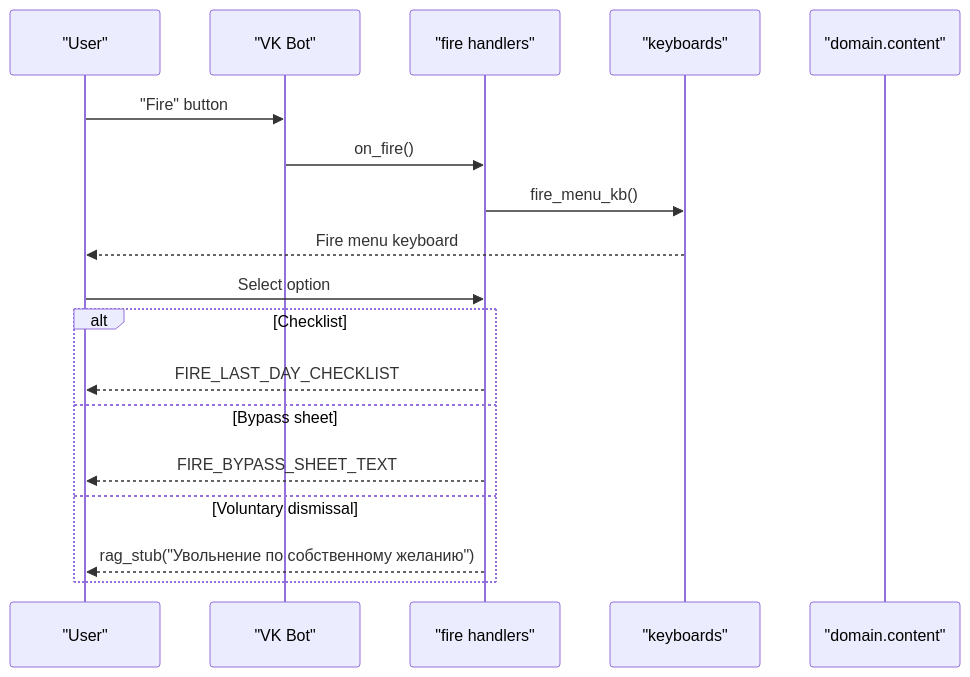
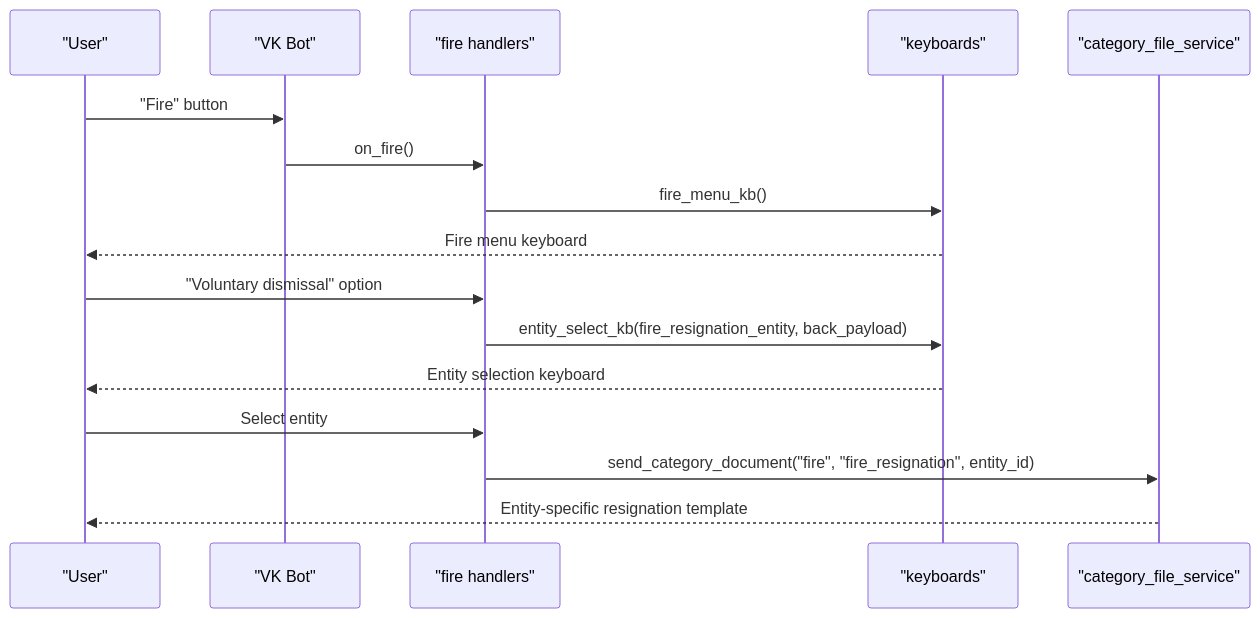
One commit to ognelis/cafetera_hr_bot changed the ninth of 16 diagrams in .qoder/repowiki/en/content/VK Integration/Employment Lifecycle Management.md. Above: the diagram before and after it, drawn with Mermaid. The commit also changed other lines of this file and 14 other files, not shown here.

````diff
--- a/.qoder/repowiki/en/content/VK Integration/Employment Lifecycle Management.md
+++ b/.qoder/repowiki/en/content/VK Integration/Employment Lifecycle Management.md
@@ -318,20 +358,18 @@
 ```mermaid
 sequenceDiagram
 participant User as "User"
 participant Bot as "VK Bot"
 participant Fire as "fire handlers"
 participant KB as "keyboards"
-participant Content as "domain.content"
+participant CF as "category_file_service"
 User->>Bot : "Fire" button
 Bot->>Fire : on_fire()
 Fire->>KB : fire_menu_kb()
 KB-->>User : Fire menu keyboard
-User->>Fire : Select option
-alt Checklist
-Fire-->>User : FIRE_LAST_DAY_CHECKLIST
-else Bypass sheet
-Fire-->>User : FIRE_BYPASS_SHEET_TEXT
-else Voluntary dismissal
-Fire-->>User : rag_stub("Увольнение по собственному желанию")
-end
+User->>Fire : "Voluntary dismissal" option
+Fire->>KB : entity_select_kb(fire_resignation_entity, back_payload)
+KB-->>User : Entity selection keyboard
+User->>Fire : Select entity
+Fire->>CF : send_category_document("fire", "fire_resignation", entity_id)
+CF-->>User : Entity-specific resignation template
 ```
````
